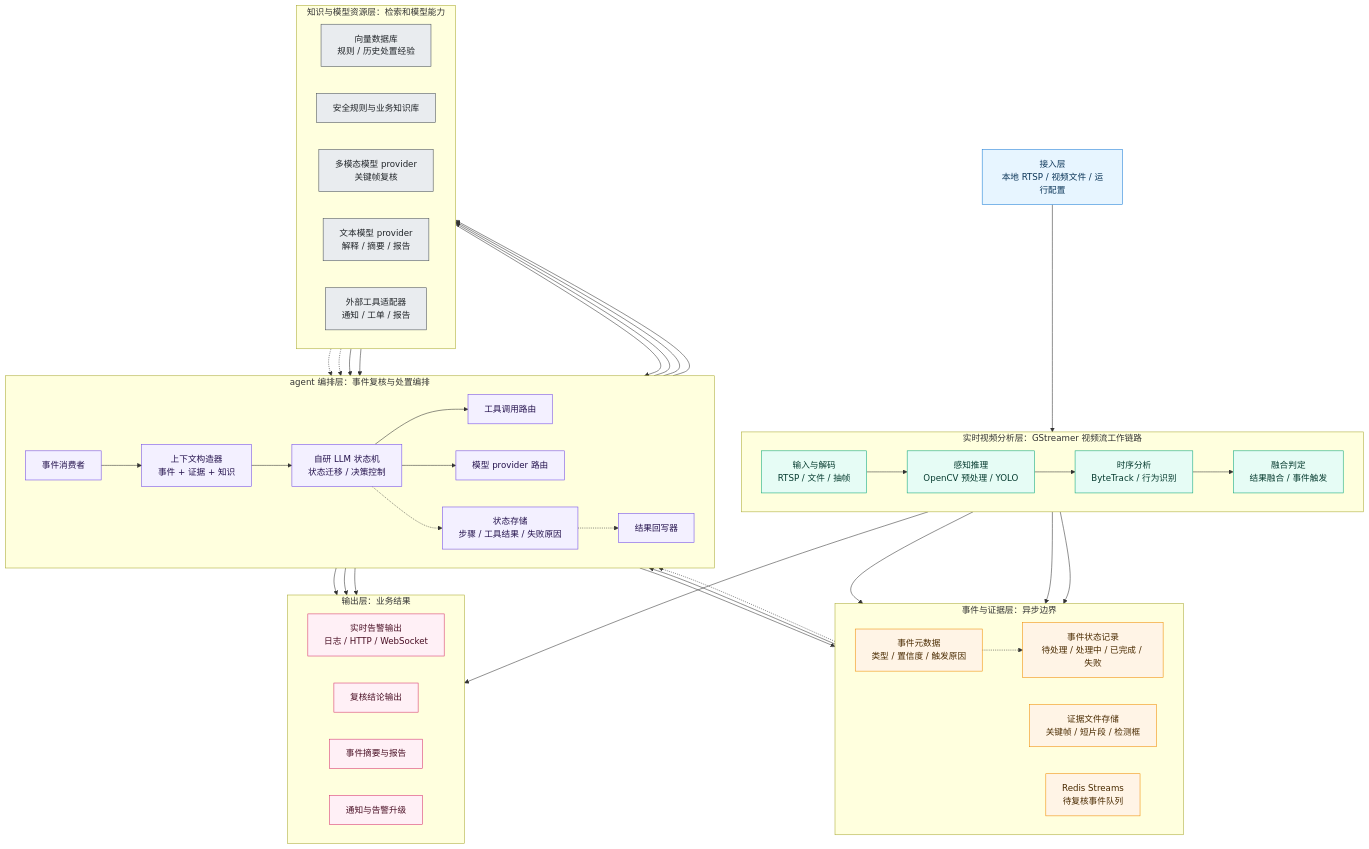
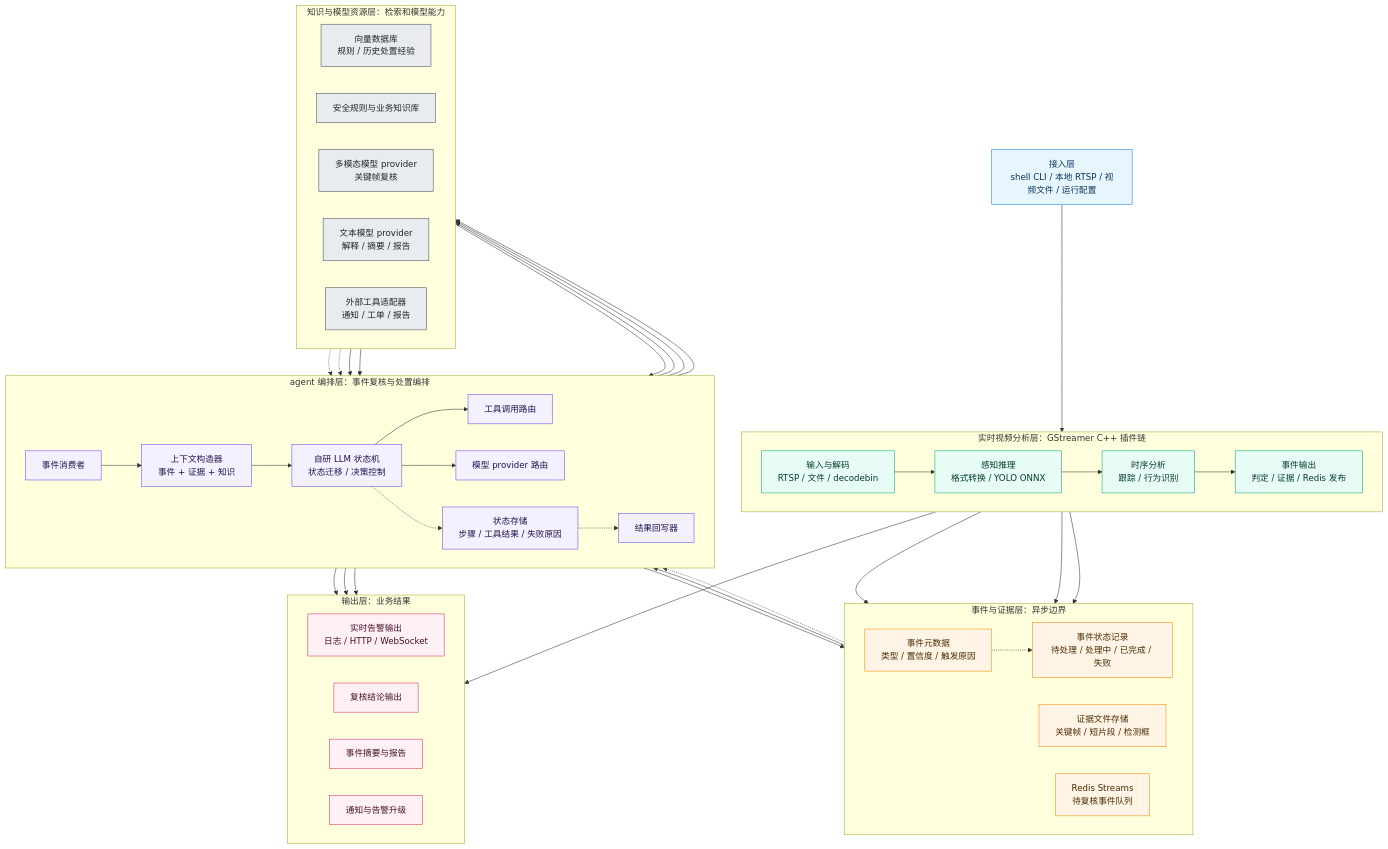
Before and after one commit to ssv-develop-team/ssv: the second of 5 diagrams in docs/specs/2026-05-21-安全帽佩戴视频监测分析系统设计.md, drawn with Mermaid. The commit also changed other lines of this file and 61 other files, not shown here.

```diff
--- a/docs/specs/2026-05-21-安全帽佩戴视频监测分析系统设计.md
+++ b/docs/specs/2026-05-21-安全帽佩戴视频监测分析系统设计.md
@@ -75,14 +94,14 @@
     classDef resource fill:#e9ecef,stroke:#495057,color:#212529
     classDef output fill:#fff0f6,stroke:#d6336c,color:#4a1025
 
-    access["接入层<br/>本地 RTSP / 视频文件 / 运行配置"]:::access
+    access["接入层<br/>shell CLI / 本地 RTSP / 视频文件 / 运行配置"]:::access
 
-    subgraph realtime["实时视频分析层：GStreamer 视频流工作链路"]
+    subgraph realtime["实时视频分析层：GStreamer C++ 插件链"]
         direction LR
-        source_node["输入与解码<br/>RTSP / 文件 / 抽帧"]
-        perception_node["感知推理<br/>OpenCV 预处理 / YOLO"]
-        temporal_node["时序分析<br/>ByteTrack / 行为识别"]
-        event_node["融合判定<br/>结果融合 / 事件触发"]
+        source_node["输入与解码<br/>RTSP / 文件 / decodebin"]
+        perception_node["感知推理<br/>格式转换 / YOLO ONNX"]
+        temporal_node["时序分析<br/>跟踪 / 行为识别"]
+        event_node["事件输出<br/>判定 / 证据 / Redis 发布"]
     end
 
     subgraph event_layer["事件与证据层：异步边界"]
```
